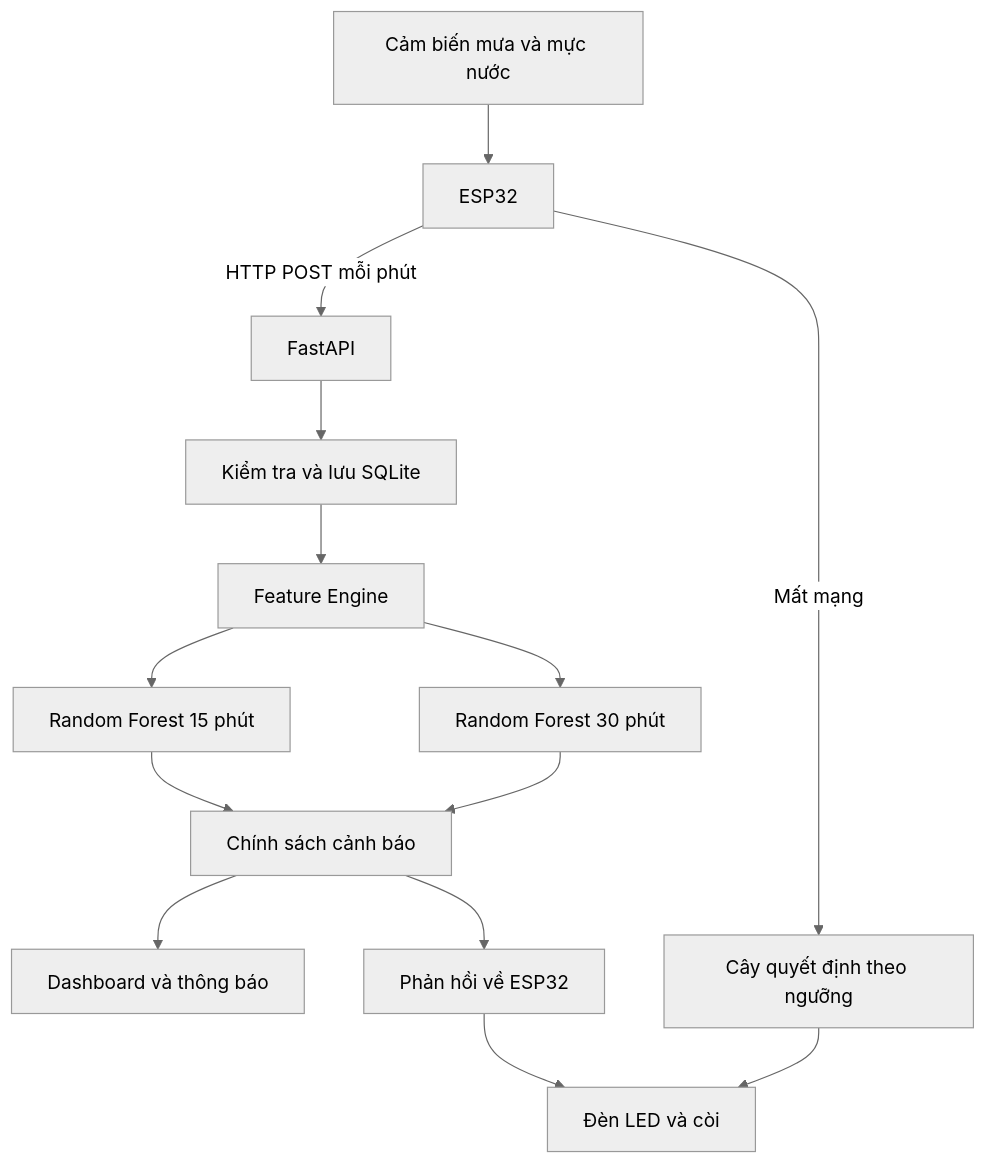
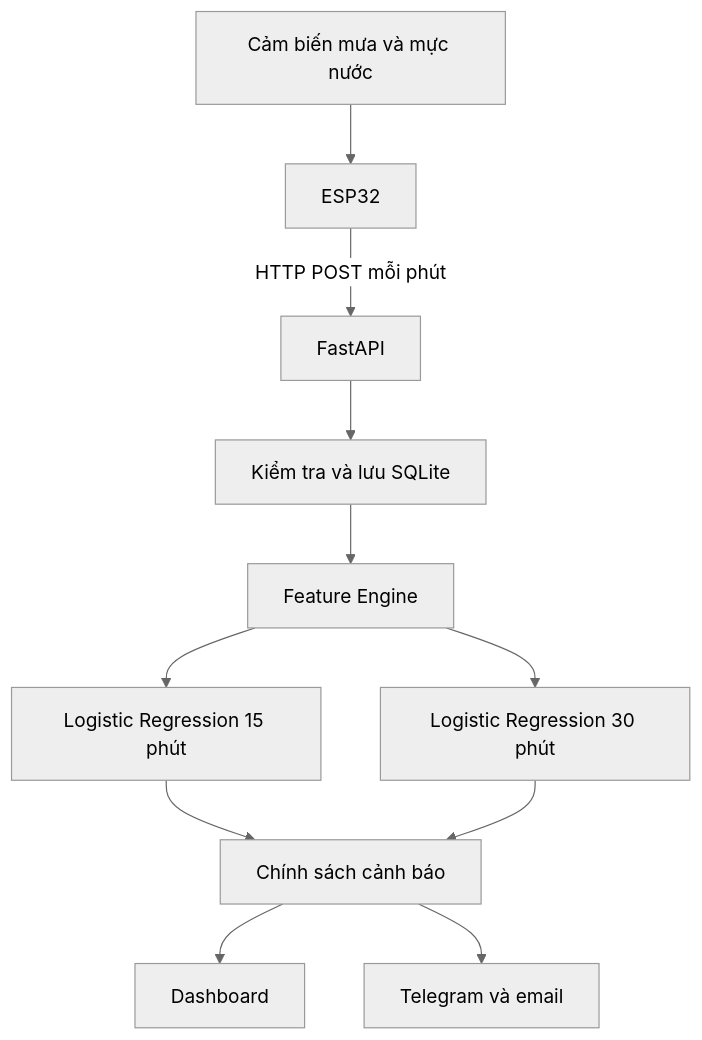
One commit to hanngocdinh/NCKH-KT changed the diagram in docs/DE_XUAT_AI_IOT_DU_BAO_NGAP_V1.md. Above: the diagram before and after it, drawn with Mermaid (neutral theme). The commit also changed other lines of this file and 94 other files, not shown here.

````diff
--- a/docs/DE_XUAT_AI_IOT_DU_BAO_NGAP_V1.md
+++ b/docs/DE_XUAT_AI_IOT_DU_BAO_NGAP_V1.md
@@ -83,16 +83,13 @@
 ```mermaid
 flowchart TD
     A[Cảm biến mưa và mực nước] --> B[ESP32]
     B -->|HTTP POST mỗi phút| C[FastAPI]
     C --> D[Kiểm tra và lưu SQLite]
     D --> E[Feature Engine]
-    E --> F[Random Forest 15 phút]
-    E --> G[Random Forest 30 phút]
+    E --> F[Logistic Regression 15 phút]
+    E --> G[Logistic Regression 30 phút]
     F --> H[Chính sách cảnh báo]
     G --> H
-    H --> I[Dashboard và thông báo]
-    H --> J[Phản hồi về ESP32]
-    J --> K[Đèn LED và còi]
-    B -->|Mất mạng| L[Cây quyết định theo ngưỡng]
-    L --> K
+    H --> I[Dashboard]
+    H --> J[Telegram và email]
 ```
````
